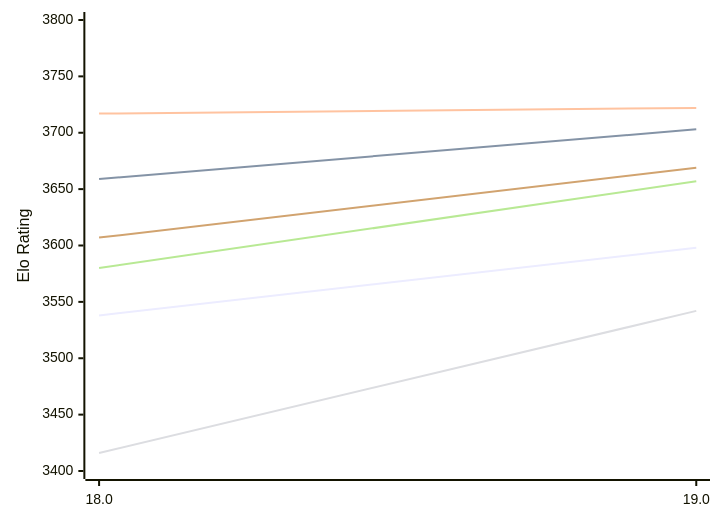
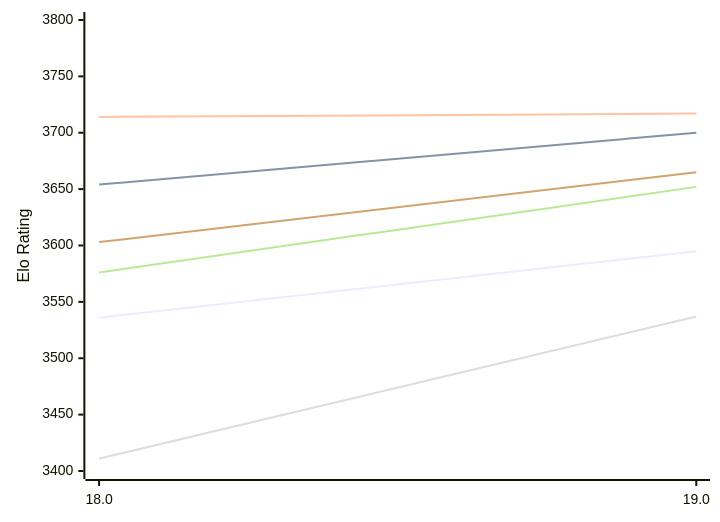
Before and after one commit to computer-chess-index/cci: the first of 2 diagrams in engines/Stockfish.md, drawn with Mermaid. The commit also changed other lines of this file, not shown here.

Commit message:
Update CCI Ratings (ELO VLTC) - 2026-11-19

````diff
--- a/engines/Stockfish.md
+++ b/engines/Stockfish.md
@@ -64,12 +64,12 @@
 ```mermaid
 %%{init: {"theme":"base","themeVariables":{"seriesColors:['#a3a3a3','#222221','#faa371']}}}%%
 xychart-beta
   x-axis ["18.0", "19.0"]
   y-axis "Elo Rating" 3400 --> 3800
-  line "E1: STC (8.0+0.08s)" [3538, 3598]
-  line "E1: LTC (60.0+0.60s)" [3659, 3703]
-  line "E1: VLTC (2m24s+1.12s)" [3717, 3722]
-  line "P1: STC (8.0+0.08s)" [3416, 3542]
-  line "P1: LTC (60.0+0.60s)" [3580, 3657]
-  line "P1: VLTC (2m24s+1.12s)" [3607, 3669]
+  line "E1: STC (8.0+0.08s)" [3536, 3595]
+  line "E1: LTC (60.0+0.60s)" [3654, 3700]
+  line "E1: VLTC (2m24s+1.12s)" [3714, 3717]
+  line "P1: STC (8.0+0.08s)" [3411, 3537]
+  line "P1: LTC (60.0+0.60s)" [3576, 3652]
+  line "P1: VLTC (2m24s+1.12s)" [3603, 3665]
 ```
````
